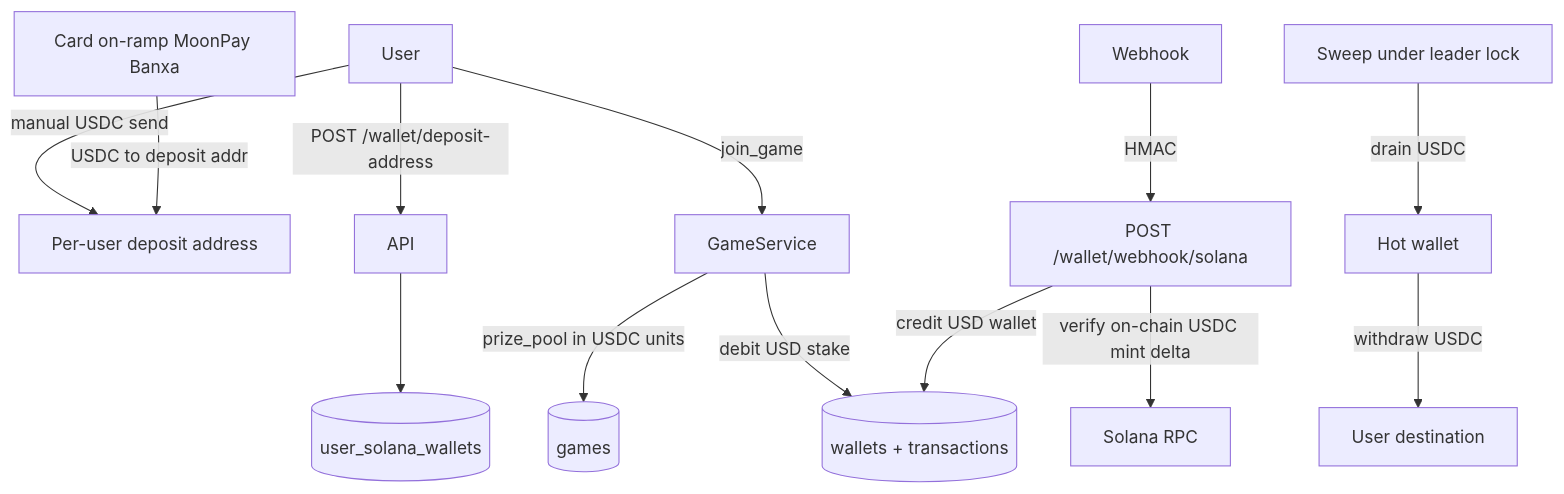
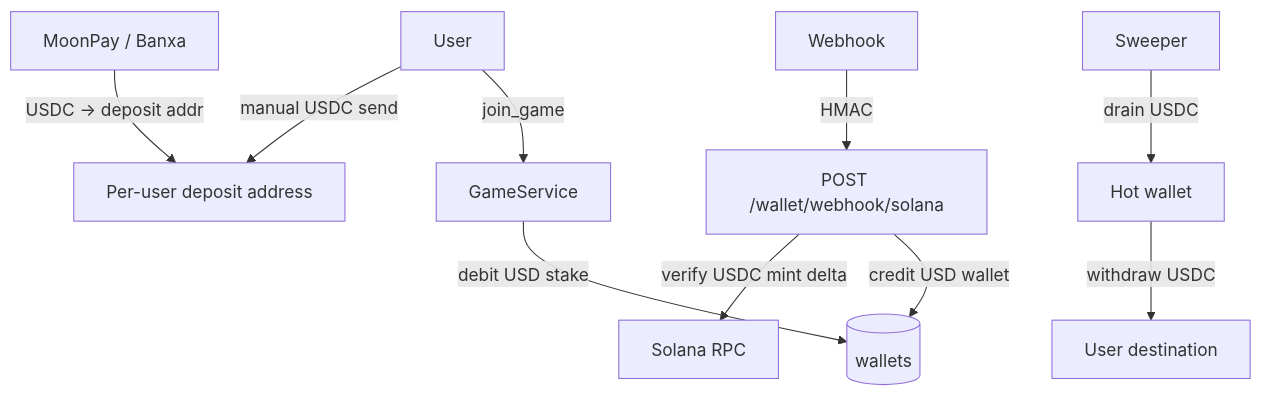
Before and after one commit to nirow1/Coin_flip_app: the diagram in .cursor/plans/solana_wallet_hardening_1b526ddb.plan.md, drawn with Mermaid. The commit also changed other lines of this file and 2 other files, not shown here.

````diff
--- a/.cursor/plans/solana_wallet_hardening_1b526ddb.plan.md
+++ b/.cursor/plans/solana_wallet_hardening_1b526ddb.plan.md
@@ -56,16 +49,13 @@
 ```mermaid
 flowchart TD
   User[User]
-  Card[Card on-ramp MoonPay Banxa] -->|"USDC to deposit addr"| DepAddr[Per-user deposit address]
+  Card[MoonPay / Banxa] -->|"USDC → deposit addr"| DepAddr[Per-user deposit address]
   User -->|"manual USDC send"| DepAddr
-  User -->|"POST /wallet/deposit-address"| API[API]
-  API --> DB[(user_solana_wallets)]
   Provider[Webhook] -->|"HMAC"| Hook[POST /wallet/webhook/solana]
-  Hook -->|"verify on-chain USDC mint delta"| RPC[Solana RPC]
-  Hook -->|"credit USD wallet"| Ledger[(wallets + transactions)]
+  Hook -->|"verify USDC mint delta"| RPC[Solana RPC]
+  Hook -->|"credit USD wallet"| Ledger[(wallets)]
   User -->|"join_game"| Game[GameService]
   Game -->|"debit USD stake"| Ledger
-  Game -->|"prize_pool in USDC units"| Games[(games)]
-  Sweeper[Sweep under leader lock] -->|"drain USDC"| Hot[Hot wallet]
+  Sweeper[Sweeper] -->|"drain USDC"| Hot[Hot wallet]
   Hot -->|"withdraw USDC"| Dest[User destination]
 ```
````
